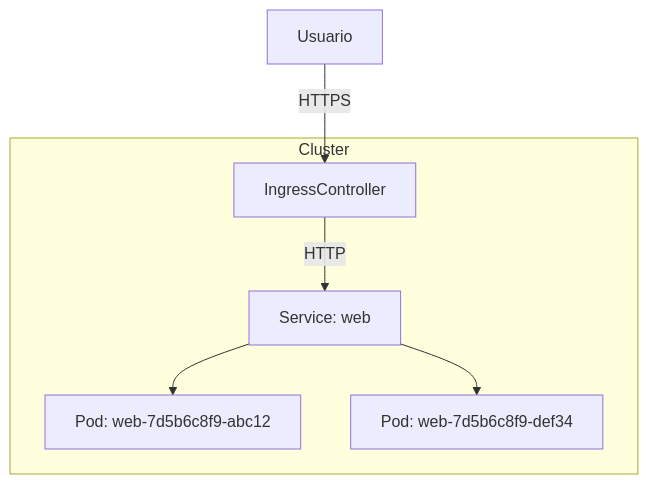
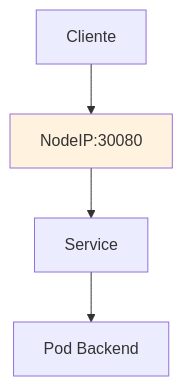
Before and after one commit to map0logo/curso-docker-k8s: the ninth of 25 diagrams in slides/06-redes-k8s.qmd, drawn with Mermaid. The commit also changed other lines of this file, not shown here.

````diff
--- a/slides/06-redes-k8s.qmd
+++ b/slides/06-redes-k8s.qmd
@@ -248,13 +303,8 @@
 ```mermaid
-flowchart TB
-  Usuario -->|HTTPS| IngressController
-  IngressController -->|HTTP| Service[Service: web]
-  Service --> Pod1[Pod: web-7d5b6c8f9-abc12]
-  Service --> Pod2[Pod: web-7d5b6c8f9-def34]
-  subgraph Cluster
-    IngressController
-    Service
-    Pod1
-    Pod2
-  end
+graph TB
+    A[Cliente] --> B[NodeIP:30080]
+    B --> C[Service]
+    C --> D[Pod Backend]
+    
+    style B fill:#fff3e0
 ```
````
